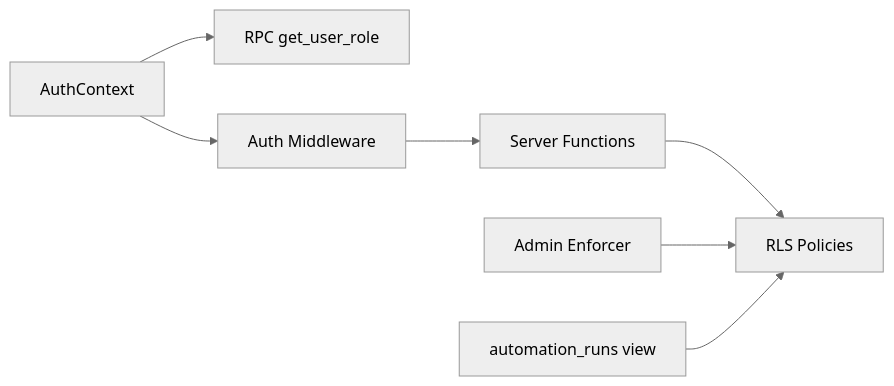
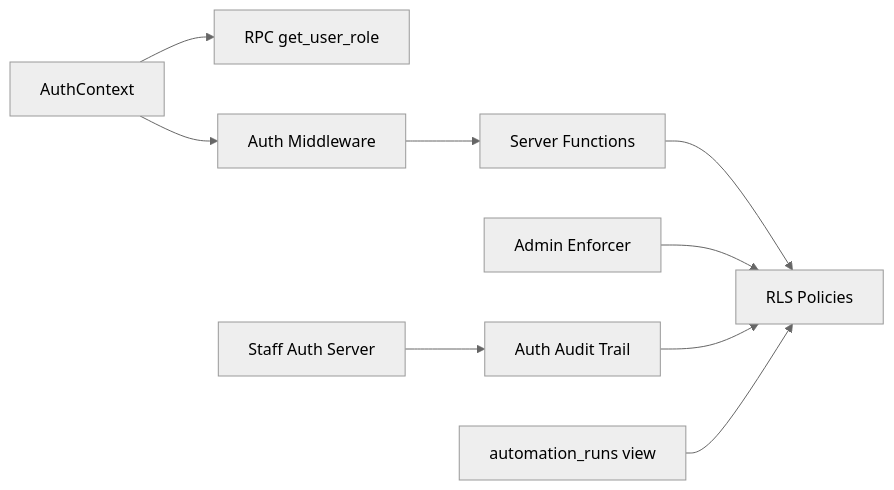
Before and after one commit to gastaldellomarco/pcReady: the ninth of 9 diagrams in .qoder/repowiki/en/content/Domain Model and Database Schema/Security and Access Control.md, drawn with Mermaid (neutral theme). The commit also changed other lines of this file and 15 other files, not shown here.

````diff
--- a/.qoder/repowiki/en/content/Domain Model and Database Schema/Security and Access Control.md
+++ b/.qoder/repowiki/en/content/Domain Model and Database Schema/Security and Access Control.md
@@ -322,9 +449,11 @@
 ```mermaid
 graph LR
 AC["AuthContext"] --> RPC["RPC get_user_role"]
 AC --> MW["Auth Middleware"]
 MW --> SF["Server Functions"]
 SF --> RLS["RLS Policies"]
 ADM["Admin Enforcer"] --> RLS
+AUTH["Staff Auth Server"] --> AUDIT["Auth Audit Trail"]
+AUDIT --> RLS
 V["automation_runs view"] --> RLS
 ```
````
